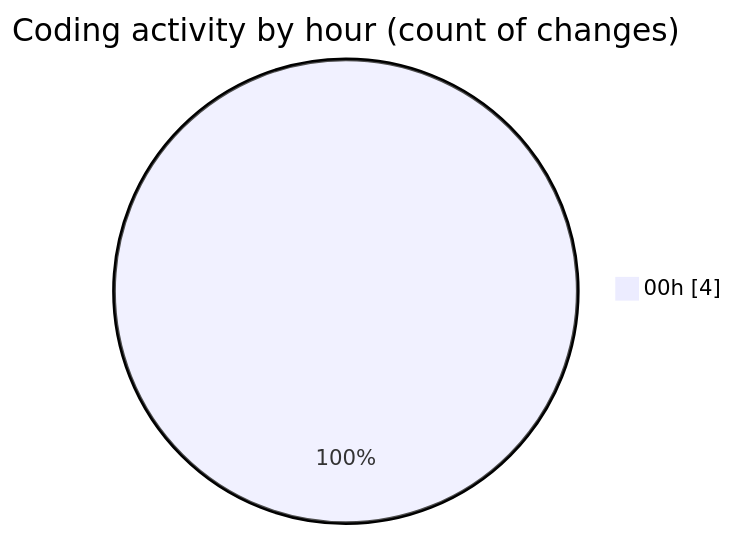
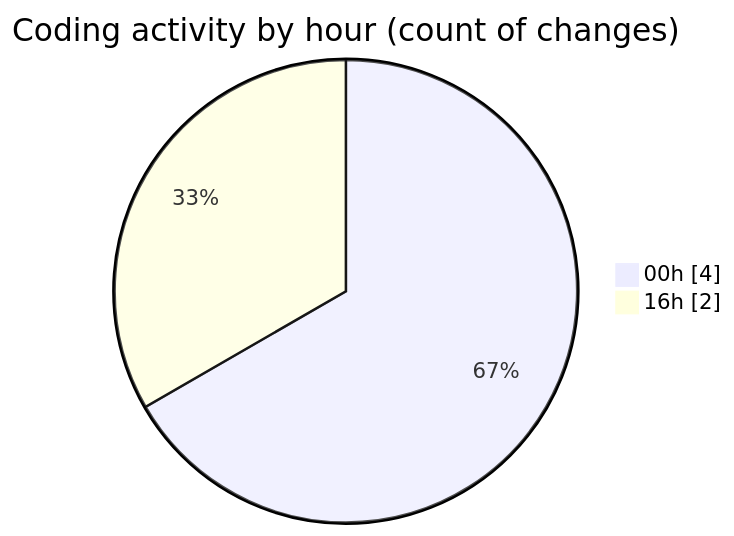
The second of 2 diagrams in 2025-05-20/fixme24/README.md (FixMe24/code-tracking), drawn with Mermaid before and after one commit. The commit also changed other lines of this file and 1 other file, not shown here.

````diff
--- a/2025-05-20/fixme24/README.md
+++ b/2025-05-20/fixme24/README.md
@@ -31,5 +33,6 @@
 ```mermaid
 pie showData
 title Coding activity by hour (count of changes)
 "00h" : 4
+"16h" : 2
 ```
````
